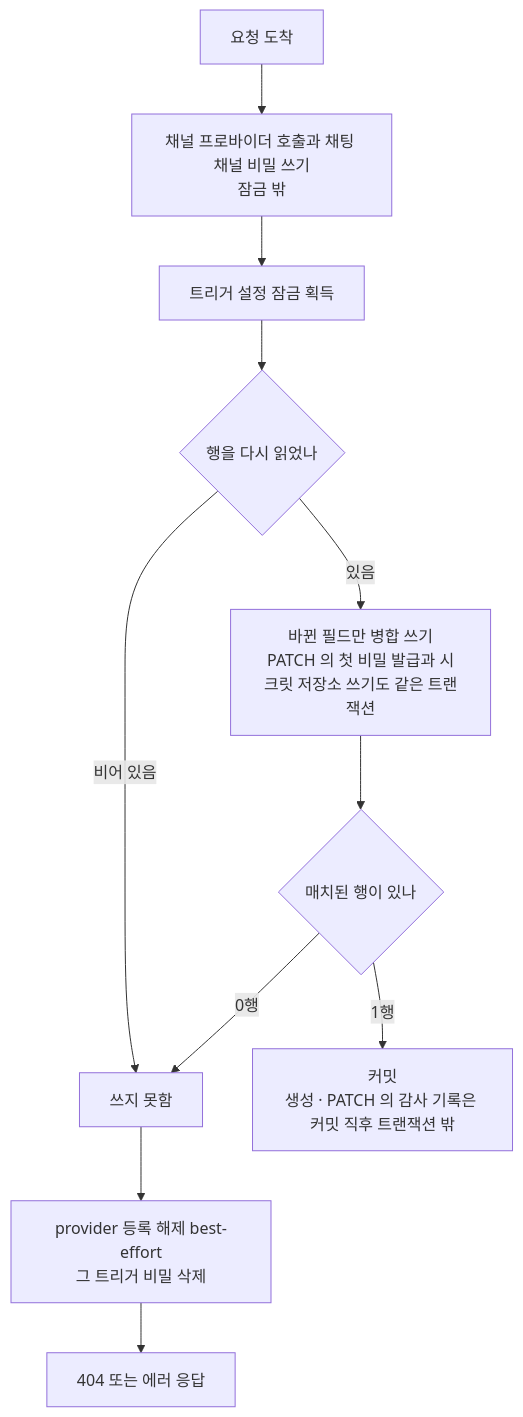
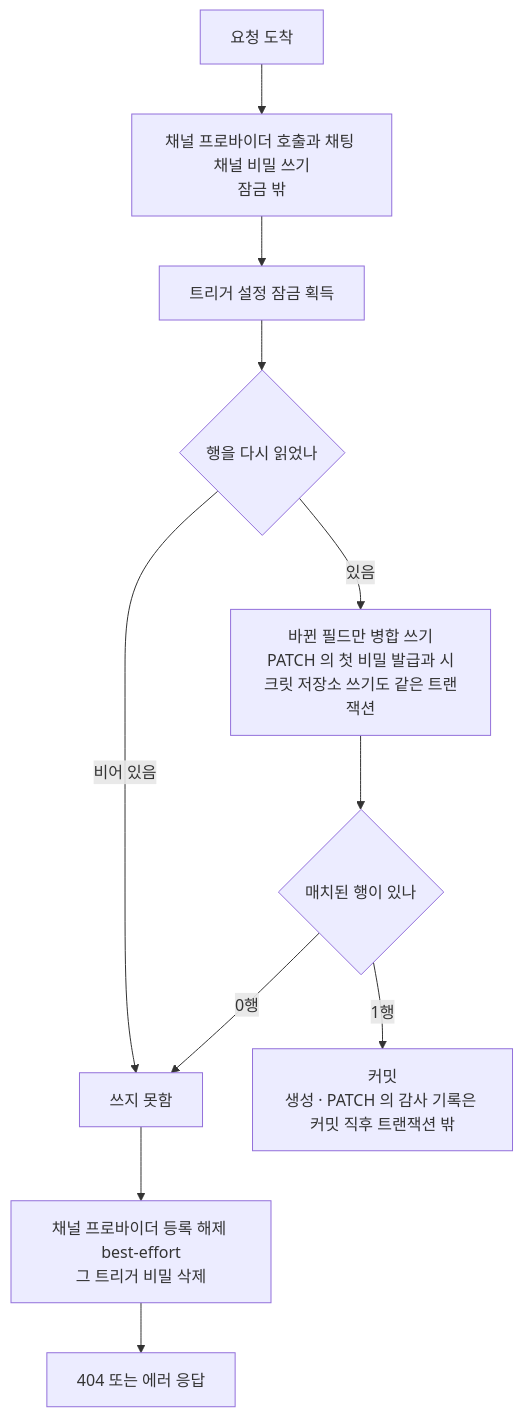
Before and after one commit to worker-ants/clemvion: the diagram in spec/CLE-TRIG/CLE-TRIG-MANAGE.md, drawn with Mermaid. The commit also changed other lines of this file and 13 other files, not shown here.

````diff
--- a/spec/CLE-TRIG/CLE-TRIG-MANAGE.md
+++ b/spec/CLE-TRIG/CLE-TRIG-MANAGE.md
@@ -284,13 +284,13 @@
 ```mermaid
 flowchart TD
     A[요청 도착] --> B[채널 프로바이더 호출과 채팅 채널 비밀 쓰기<br/>잠금 밖]
     B --> C[트리거 설정 잠금 획득]
     C --> D{행을 다시 읽었나}
     D -- 비어 있음 --> F[쓰지 못함]
     D -- 있음 --> E[바뀐 필드만 병합 쓰기<br/>PATCH 의 첫 비밀 발급과 시크릿 저장소 쓰기도 같은 트랜잭션]
     E --> G{매치된 행이 있나}
     G -- 0행 --> F
     G -- 1행 --> H[커밋<br/>생성 · PATCH 의 감사 기록은 커밋 직후 트랜잭션 밖]
-    F --> I[provider 등록 해제 best-effort<br/>그 트리거 비밀 삭제]
+    F --> I[채널 프로바이더 등록 해제 best-effort<br/>그 트리거 비밀 삭제]
     I --> J[404 또는 에러 응답]
 ```
````
